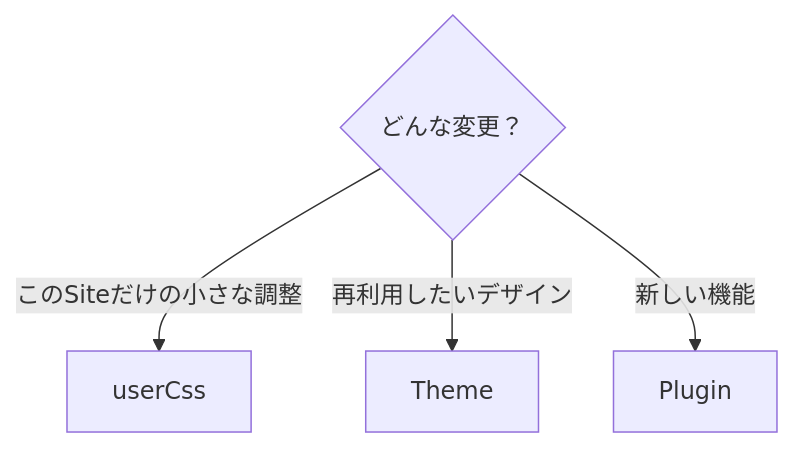
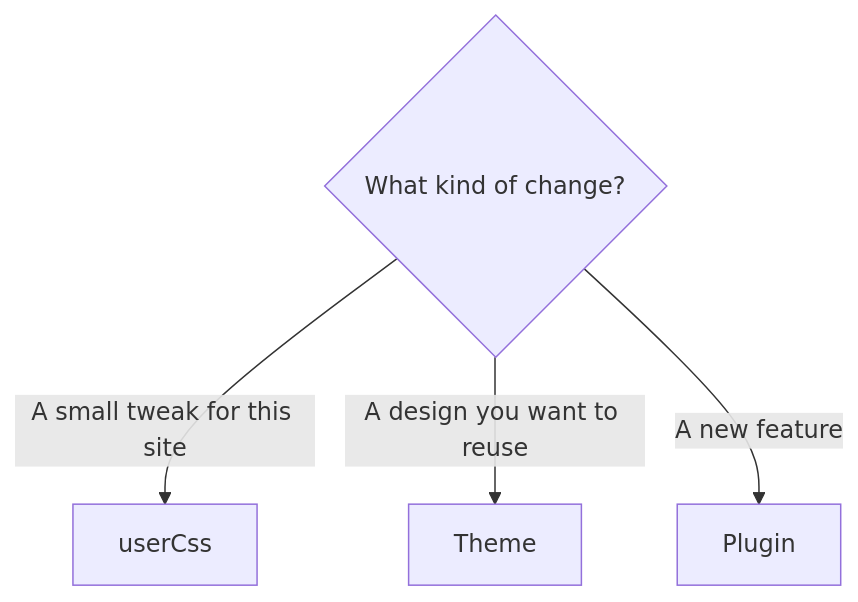
One commit to Rerurate514/riebeckite changed the third of 4 diagrams in docs/docs/themes/README.md. Above: the diagram before and after it, drawn with Mermaid. The commit also changed other lines of this file and 604 other files, not shown here.

````diff
--- a/docs/docs/themes/README.md
+++ b/docs/docs/themes/README.md
@@ -254,8 +221,8 @@
-```mermaid id="11q6oz"
+```mermaid
 flowchart TD
-    Change{"どんな変更？"}
+    Change{"What kind of change?"}
 
-    Change -->|"このSiteだけの小さな調整"| CSS["userCss"]
-    Change -->|"再利用したいデザイン"| Theme["Theme"]
-    Change -->|"新しい機能"| Plugin["Plugin"]
+    Change -->|"A small tweak for this site"| CSS["userCss"]
+    Change -->|"A design you want to reuse"| Theme["Theme"]
+    Change -->|"A new feature"| Plugin["Plugin"]
 ```
````
